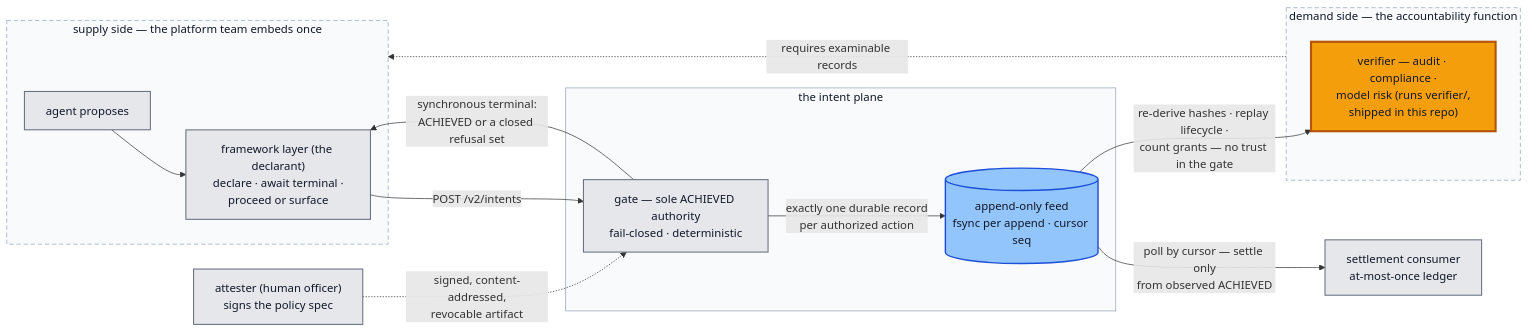
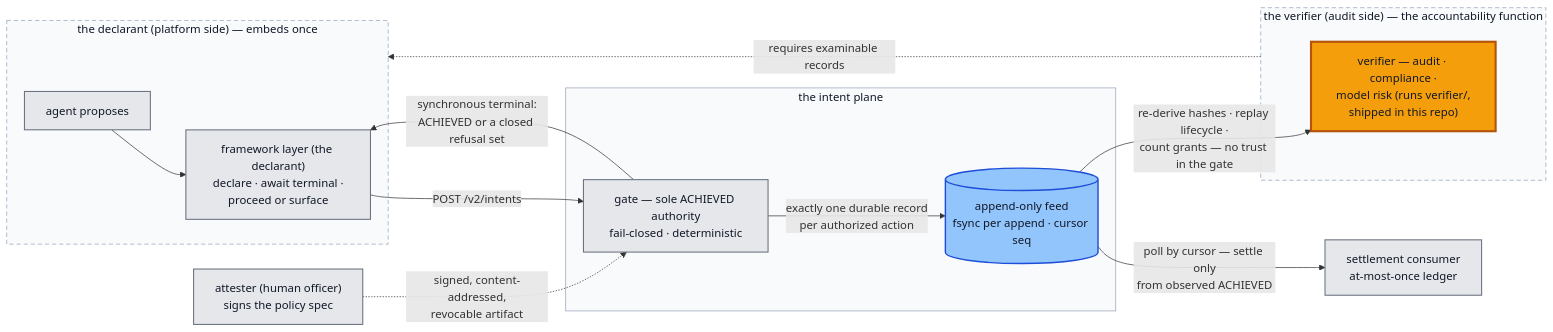
Before and after one commit to hossainpazooki/intent-plane: the diagram in docs/assurance.md, drawn with Mermaid. The commit also changed other lines of this file and 2 other files, not shown here.

Commit message:
docs: reporting adapter - README, assurance row (live-dated), integration

````diff
--- a/docs/assurance.md
+++ b/docs/assurance.md
@@ -13,30 +13,30 @@
 ```mermaid
 flowchart LR
-    subgraph SUPPLY["supply side — the platform team embeds once"]
+    subgraph DECLARANT["the declarant (platform side) — embeds once"]
         AG["agent proposes"] --> FW["framework layer (the declarant)<br/>declare · await terminal ·<br/>proceed or surface"]
     end
     subgraph PLANE["the intent plane"]
         G["gate — sole ACHIEVED authority<br/>fail-closed · deterministic"]
         FEED[("append-only feed<br/>fsync per append · cursor seq")]
         G -->|"exactly one durable record<br/>per authorized action"| FEED
     end
-    subgraph DEMAND["demand side — the accountability function"]
+    subgraph VERIFIER["the verifier (audit side) — the accountability function"]
         V["verifier — audit · compliance ·<br/>model risk (runs verifier/,<br/>shipped in this repo)"]
     end
     ATT["attester (human officer)<br/>signs the policy spec"] -.->|"signed, content-addressed,<br/>revocable artifact"| G
     FW -->|"POST /v2/intents"| G
     G -->|"synchronous terminal:<br/>ACHIEVED or a closed refusal set"| FW
     FEED -->|"poll by cursor — settle only<br/>from observed ACHIEVED"| S["settlement consumer<br/>at-most-once ledger"]
     FEED -->|"re-derive hashes · replay lifecycle ·<br/>count grants — no trust in the gate"| V
-    DEMAND -.->|"requires examinable records"| SUPPLY
+    VERIFIER -.->|"requires examinable records"| DECLARANT
 
     classDef neutral fill:#e5e7eb,stroke:#6b7280,stroke-width:1.5px,color:#111827;
     classDef durable fill:#93c5fd,stroke:#1d4ed8,stroke-width:2px,color:#111827;
     classDef star fill:#f59e0b,stroke:#b45309,stroke-width:3px,color:#111827;
     class AG,FW,G,S,ATT neutral;
     class FEED durable;
     class V star;
-    style SUPPLY fill:#f8fafc,stroke:#94a3b8,stroke-dasharray:6 4,color:#111827;
-    style DEMAND fill:#f8fafc,stroke:#94a3b8,stroke-dasharray:6 4,color:#111827;
+    style DECLARANT fill:#f8fafc,stroke:#94a3b8,stroke-dasharray:6 4,color:#111827;
+    style VERIFIER fill:#f8fafc,stroke:#94a3b8,stroke-dasharray:6 4,color:#111827;
     style PLANE fill:#f8fafc,stroke:#94a3b8,color:#111827;
 ```
````
